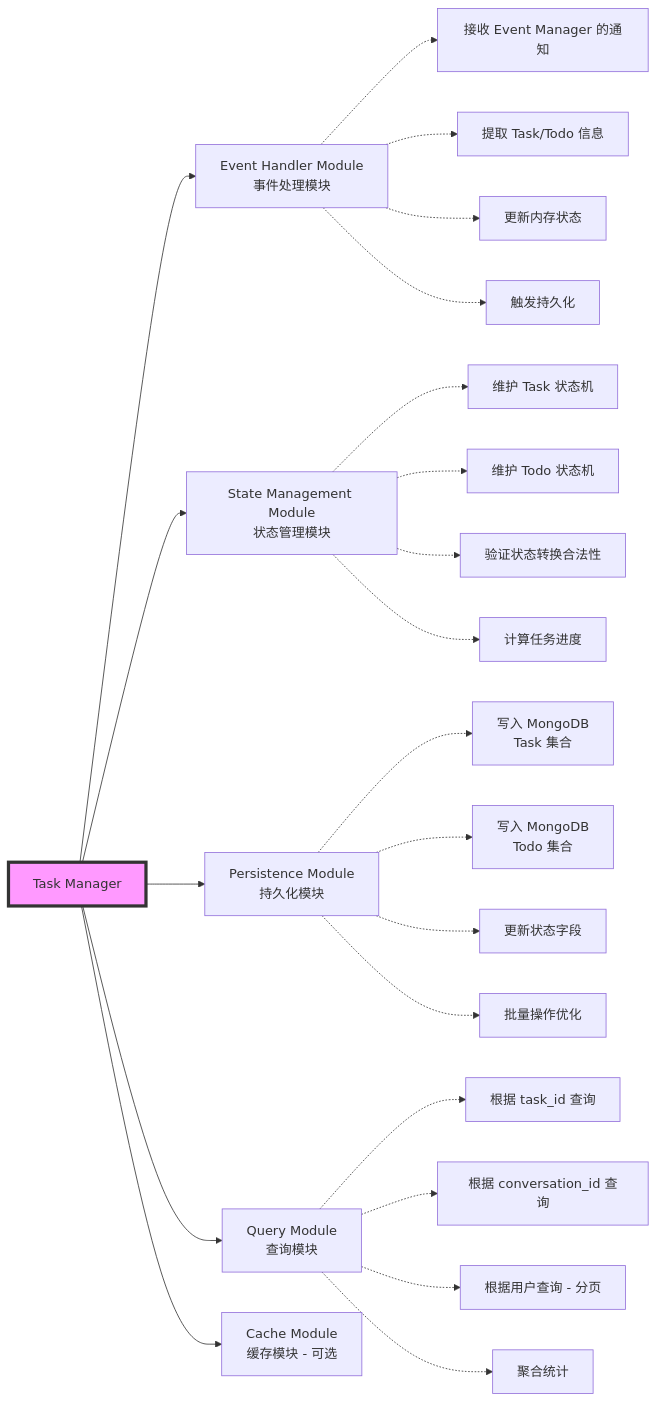
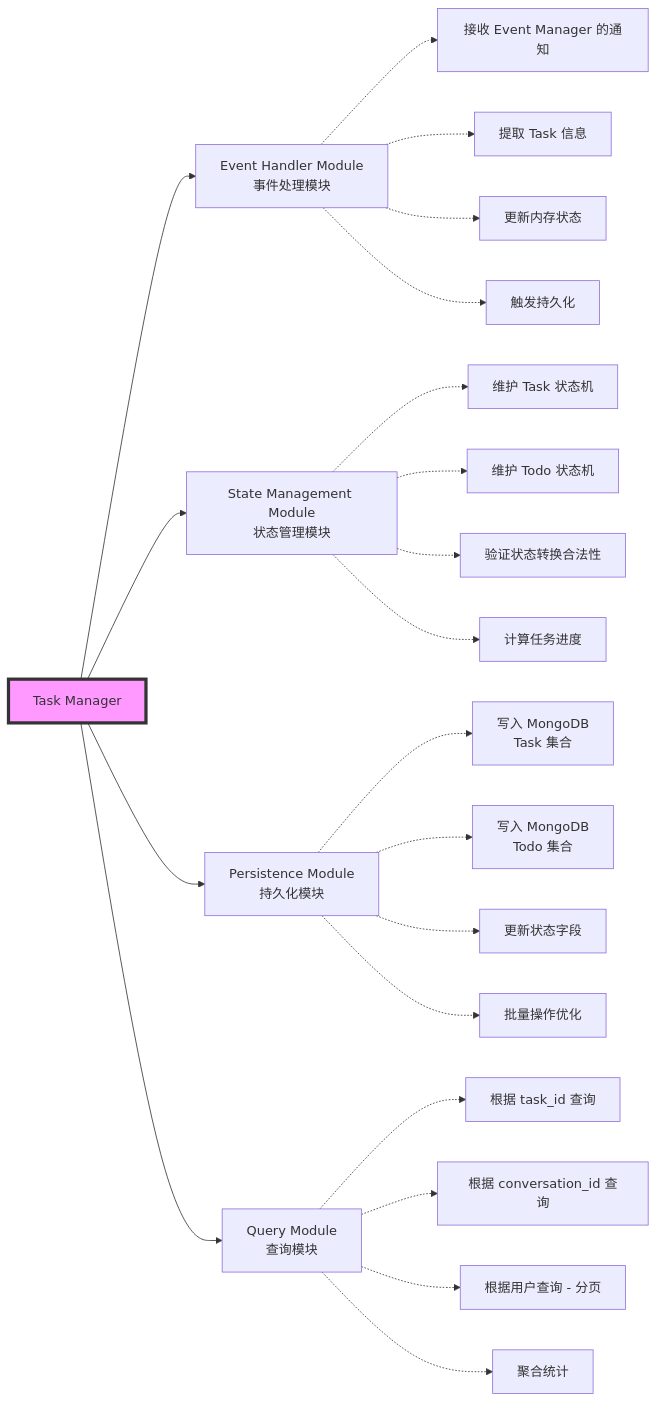
One commit to yingjianzh/iodraw-files changed the diagram in all/未命名-10.md. Above: the diagram before and after it, drawn with Mermaid.

Commit message:
2025-12-24 18:02:26 update

````diff
--- a/all/未命名-10.md
+++ b/all/未命名-10.md
@@ -1,33 +1,31 @@
 ```mermaid
 graph LR
     TM[Task Manager]
     
     TM --> EHM[Event Handler Module<br/>事件处理模块]
     TM --> SMM[State Management Module<br/>状态管理模块]
     TM --> PM[Persistence Module<br/>持久化模块]
     TM --> QM[Query Module<br/>查询模块]
-    TM --> CM[Cache Module<br/>缓存模块 - 可选]
     
     EHM -.-> EHM1[接收 Event Manager 的通知]
-    EHM -.-> EHM2[提取 Task/Todo 信息]
+    EHM -.-> EHM2[提取 Task 信息]
     EHM -.-> EHM3[更新内存状态]
     EHM -.-> EHM4[触发持久化]
     
     SMM -.-> SMM1[维护 Task 状态机]
     SMM -.-> SMM2[维护 Todo 状态机]
     SMM -.-> SMM3[验证状态转换合法性]
     SMM -.-> SMM4[计算任务进度]
     
     PM -.-> PM1[写入 MongoDB<br/>Task 集合]
     PM -.-> PM2[写入 MongoDB<br/>Todo 集合]
     PM -.-> PM3[更新状态字段]
     PM -.-> PM4[批量操作优化]
     
     QM -.-> QM1[根据 task_id 查询]
     QM -.-> QM2[根据 conversation_id 查询]
     QM -.-> QM3[根据用户查询 - 分页]
     QM -.-> QM4[聚合统计]
     
-  
     style TM fill:#f9f,stroke:#333,stroke-width:4px
 ```
````
